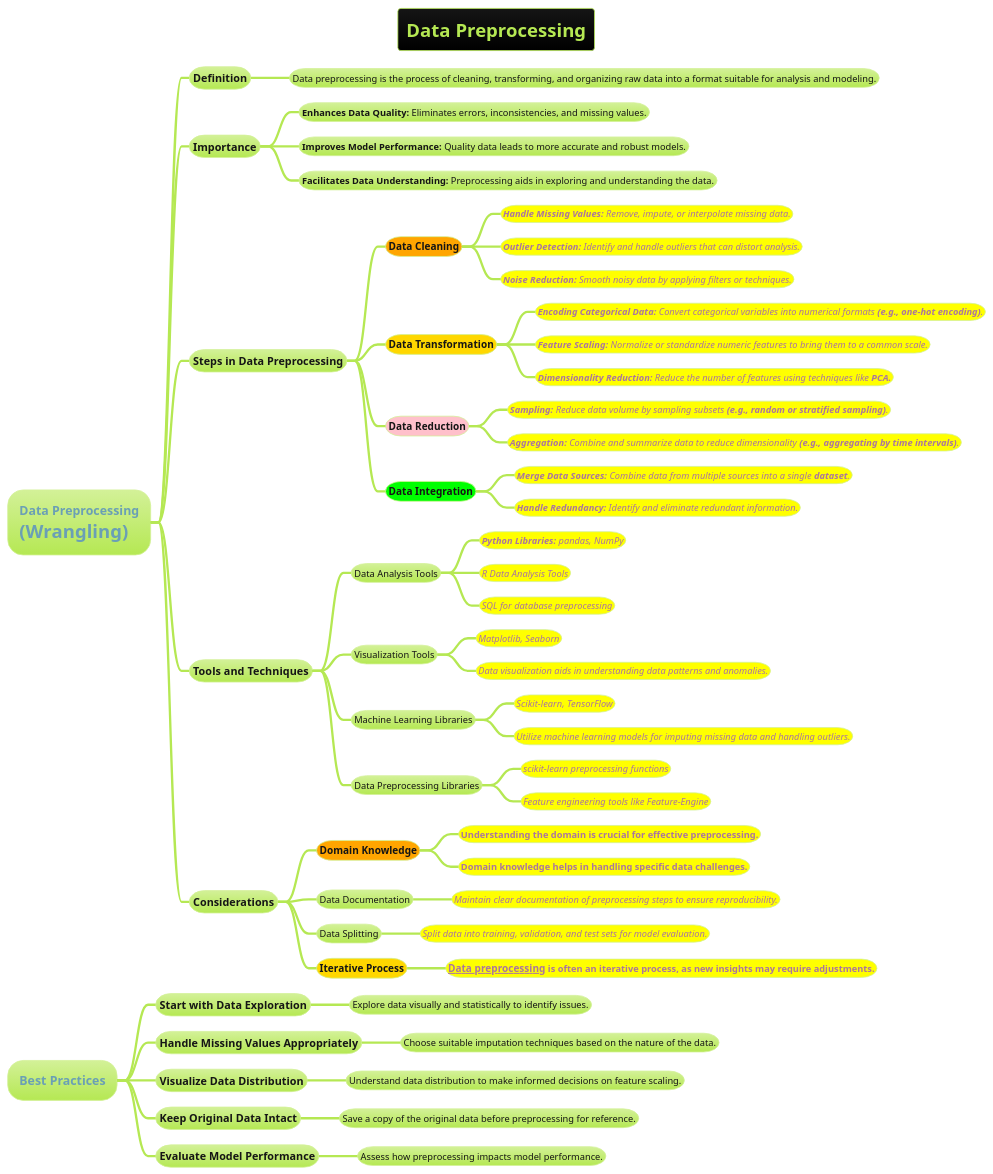
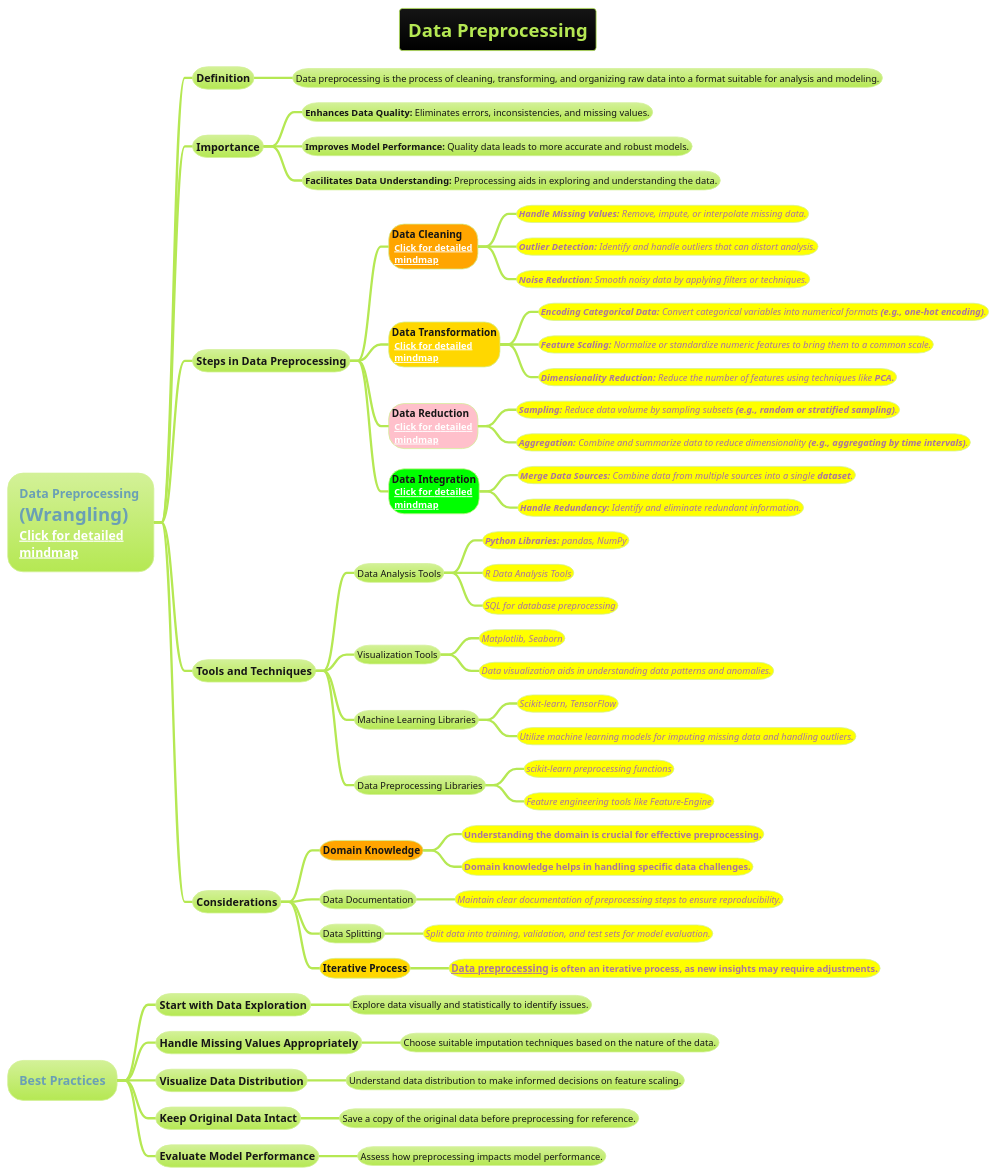
One commit to MehmoodHashmi/Documentation-as-Code-DaC changed the diagram in docs/AI-ML- DL-Data-Science-and-BigData/data-science/data-engineering/data-preprocessing-(or-wrangling)/Data-Preprocessing.puml. Above: the diagram before and after it, drawn with PlantUML. The commit also changed 2 other files, not shown here.

```diff
--- a/docs/AI-ML- DL-Data-Science-and-BigData/data-science/data-engineering/data-preprocessing-(or-wrangling)/Data-Preprocessing.puml
+++ b/docs/AI-ML- DL-Data-Science-and-BigData/data-science/data-engineering/data-preprocessing-(or-wrangling)/Data-Preprocessing.puml
@@ -1,81 +1,81 @@
 @startmindmap
 title =Data Preprocessing
 !theme hacker
 
-* Data Preprocessing\n=**(Wrangling)**
+* Data Preprocessing \n=**(Wrangling)** \n**[[Data-Wrangling-(or-preprocessing).puml Click for detailed \nmindmap]]**
 ** Definition
 *** Data preprocessing is the process of cleaning, transforming, and organizing raw data into a format suitable for analysis and modeling.
 
 ** Importance
 *** **Enhances Data Quality:** Eliminates errors, inconsistencies, and missing values.
 *** **Improves Model Performance:** Quality data leads to more accurate and robust models.
 *** **Facilitates Data Understanding:** Preprocessing aids in exploring and understanding the data.
 
 ** Steps in Data Preprocessing
-***[#orange] ===Data Cleaning
+***[#orange] ===Data Cleaning \n **[[1-Data-Cleaning.puml Click for detailed \nmindmap]]**
 ****[#yellow] ====<size:12>**Handle Missing Values:** Remove, impute, or interpolate missing data.
 ****[#yellow] ====<size:12>**Outlier Detection:** Identify and handle outliers that can distort analysis.
 ****[#yellow] ====<size:12>**Noise Reduction:** Smooth noisy data by applying filters or techniques.
 
-***[#gold] ===Data Transformation
+***[#gold] ===Data Transformation \n **[[2-Data-Transformation.puml Click for detailed \nmindmap]]**
 ****[#yellow] ====<size:12>**Encoding Categorical Data:** Convert categorical variables into numerical formats **(e.g., one-hot encoding)**.
 ****[#yellow] ====<size:12>**Feature Scaling:** Normalize or standardize numeric features to bring them to a common scale.
 ****[#yellow] ====<size:12>**Dimensionality Reduction:** Reduce the number of features using techniques like **PCA.**
 
-***[#pink] ===Data Reduction
+***[#pink] ===Data Reduction \n **[[3-Data-Reduction.puml Click for detailed \nmindmap]]**
 ****[#yellow] ====<size:12>**Sampling:** Reduce data volume by sampling subsets **(e.g., random or stratified sampling)**.
 ****[#yellow] ====<size:12>**Aggregation:** Combine and summarize data to reduce dimensionality **(e.g., aggregating by time intervals)**.
 
-***[#lime] ===Data Integration
+***[#lime] ===Data Integration \n **[[4-Data-Integration.puml Click for detailed \nmindmap]]**
 ****[#yellow] ====<size:12>**Merge Data Sources:** Combine data from multiple sources into a single **dataset**.
 ****[#yellow] ====<size:12>**Handle Redundancy:** Identify and eliminate redundant information.
 
 ** Tools and Techniques
 *** Data Analysis Tools
 ****[#yellow] ====<size:12>**Python Libraries:** pandas, NumPy
 ****[#yellow] ====<size:12>R Data Analysis Tools
 ****[#yellow] ====<size:12>SQL for database preprocessing
 
 *** Visualization Tools
 ****[#yellow] ====<size:12>Matplotlib, Seaborn
 ****[#yellow] ====<size:12>Data visualization aids in understanding data patterns and anomalies.
 
 *** Machine Learning Libraries
 ****[#yellow] ====<size:12>Scikit-learn, TensorFlow
 ****[#yellow] ====<size:12>Utilize machine learning models for imputing missing data and handling outliers.
 
 *** Data Preprocessing Libraries
 ****[#yellow] ====<size:12>scikit-learn preprocessing functions
 ****[#yellow] ====<size:12>Feature engineering tools like Feature-Engine
 
 ** Considerations
 ***[#orange] ===Domain Knowledge
 ****[#yellow] ===Understanding the domain is crucial for effective preprocessing.
 ****[#yellow] ===Domain knowledge helps in handling specific data challenges.
 
 *** Data Documentation
 ****[#yellow] ====<size:12>Maintain clear documentation of preprocessing steps to ensure reproducibility.
 
 *** Data Splitting
 ****[#yellow] ====<size:12>Split data into training, validation, and test sets for model evaluation.
 
 ***[#gold] ===Iterative Process
 ****[#yellow] ===__Data preprocessing__ is often an iterative process, as new insights may require adjustments.
 
 * Best Practices
 ** Start with Data Exploration
 *** Explore data visually and statistically to identify issues.
 
 ** Handle Missing Values Appropriately
 *** Choose suitable imputation techniques based on the nature of the data.
 
 ** Visualize Data Distribution
 *** Understand data distribution to make informed decisions on feature scaling.
 
 ** Keep Original Data Intact
 *** Save a copy of the original data before preprocessing for reference.
 
 ** Evaluate Model Performance
 *** Assess how preprocessing impacts model performance.
 
 @endmindmap
```
